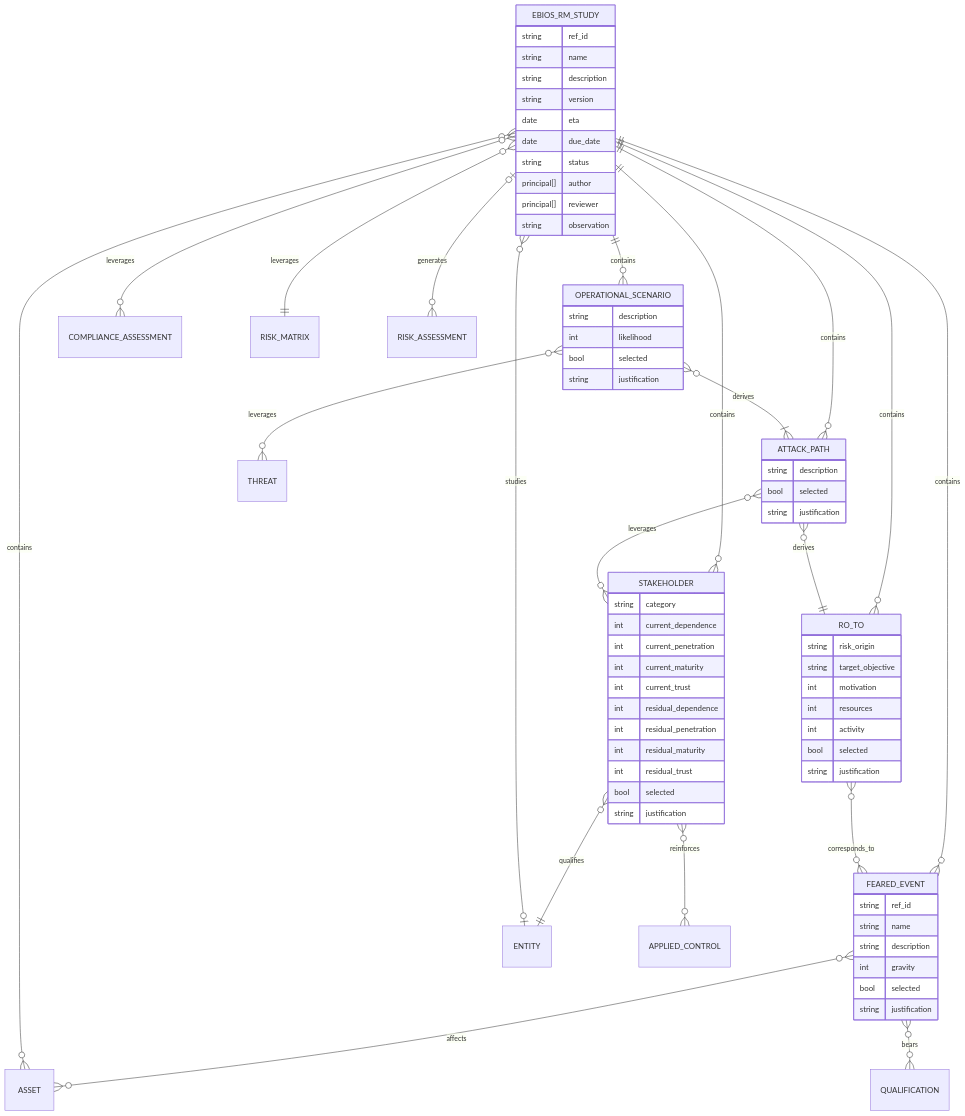
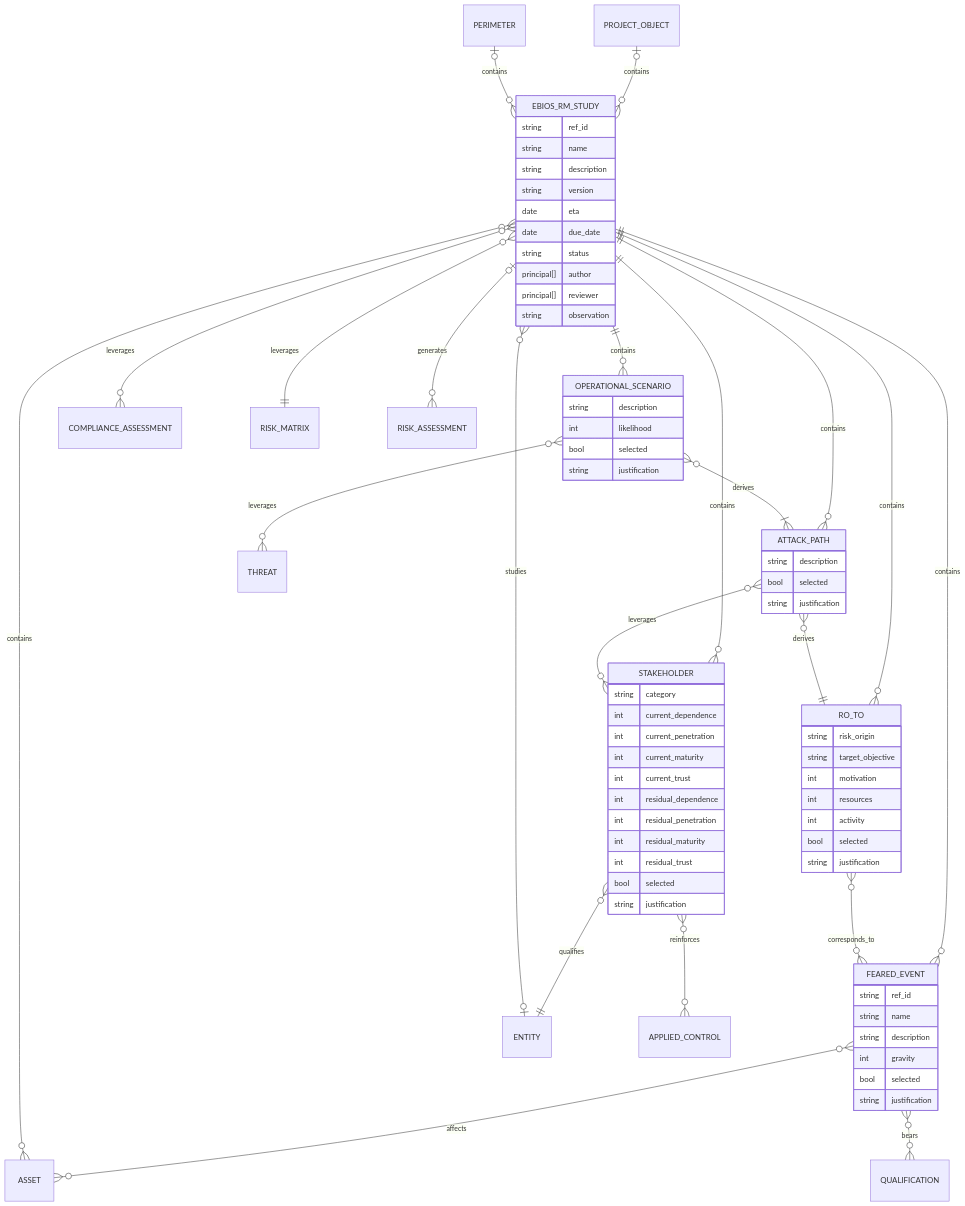
One commit to intuitem/ciso-assistant-community changed diagram 12 of 12 in documentation/architecture/data-model.md. Above: the diagram before and after it, drawn with Mermaid. The commit also changed other lines of this file, not shown here.

Commit message:
Update data-model for project management (#1143)

```diff
--- a/documentation/architecture/data-model.md
+++ b/documentation/architecture/data-model.md
@@ -1297,6 +1355,8 @@
     ATTACK_PATH           }o--o{ STAKEHOLDER          : leverages
     STAKEHOLDER           }o--o{ APPLIED_CONTROL      : reinforces
     FEARED_EVENT          }o--o{ QUALIFICATION        : bears
+    PROJECT_OBJECT        |o--o{ EBIOS_RM_STUDY       : contains
+    PERIMETER             |o--o{ EBIOS_RM_STUDY       : contains
 
     EBIOS_RM_STUDY {
         string      ref_id
```
